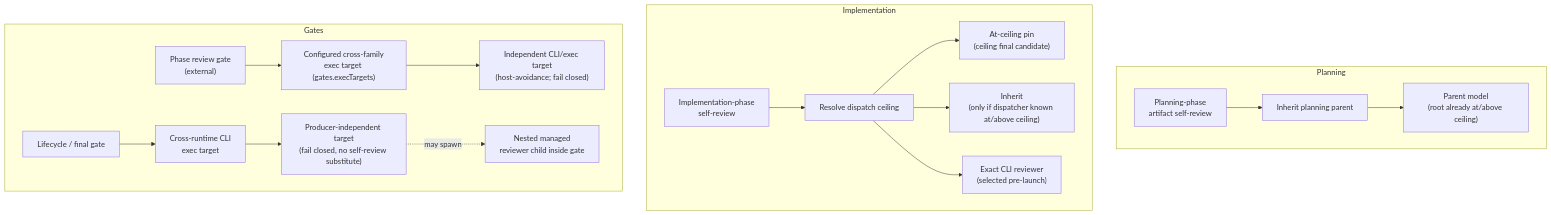
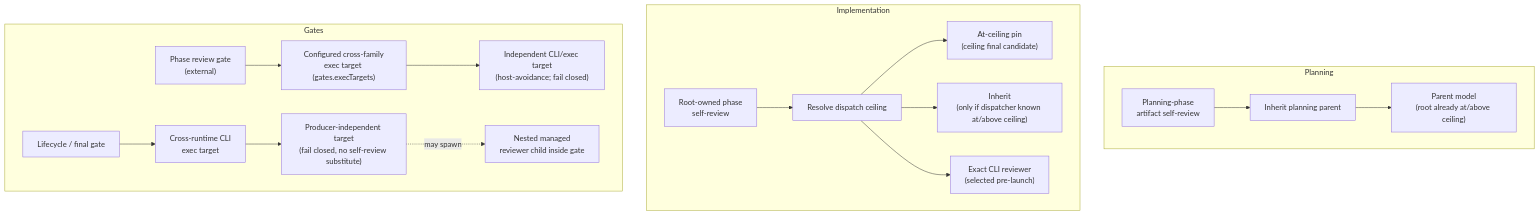
The diagram in apps/oat-docs/docs/workflows/projects/review-flavors.md (voxmedia/open-agent-toolkit), drawn with Mermaid before and after one commit. The commit also changed other lines of this file and 12 other files, not shown here.

````diff
--- a/apps/oat-docs/docs/workflows/projects/review-flavors.md
+++ b/apps/oat-docs/docs/workflows/projects/review-flavors.md
@@ -36,23 +36,23 @@
 ```mermaid
 flowchart TD
   subgraph Planning
     PL["Planning-phase\nartifact self-review"] --> PLR["Inherit planning parent"]
     PLR --> PLT["Parent model\n(root already at/above ceiling)"]
   end
 
   subgraph Implementation
-    IM["Implementation-phase\nself-review"] --> IMR["Resolve dispatch ceiling"]
+    IM["Root-owned phase\nself-review"] --> IMR["Resolve dispatch ceiling"]
     IMR --> IMPIN["At-ceiling pin\n(ceiling final candidate)"]
     IMR --> IMINH["Inherit\n(only if dispatcher known at/above ceiling)"]
     IMR --> IMCLI["Exact CLI reviewer\n(selected pre-launch)"]
   end
 
   subgraph Gates
     PG["Phase review gate\n(external)"] --> PGR["Configured cross-family\nexec target (gates.execTargets)"]
     PGR --> PGT["Independent CLI/exec target\n(host-avoidance; fail closed)"]
 
     LG["Lifecycle / final gate"] --> LGR["Cross-runtime CLI\nexec target"]
     LGR --> LGT["Producer-independent target\n(fail closed, no self-review substitute)"]
     LGT -. may spawn .-> LGN["Nested managed\nreviewer child inside gate"]
   end
 ```
````
